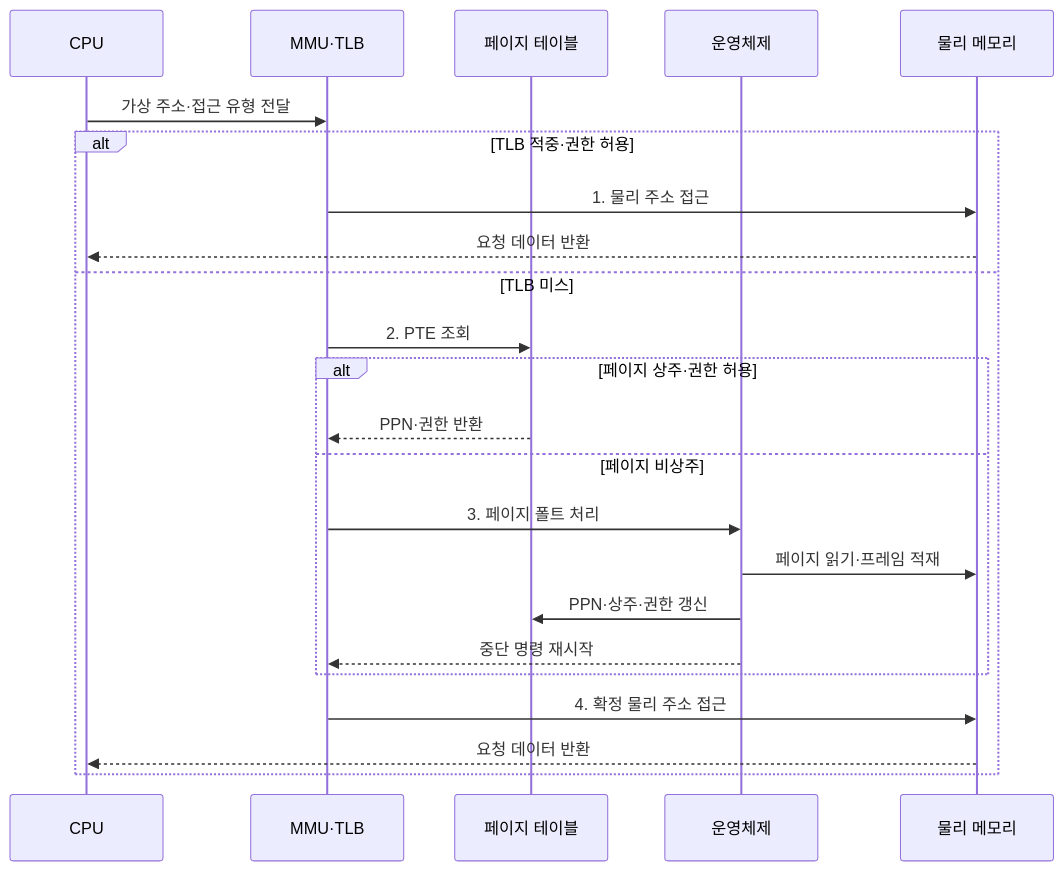
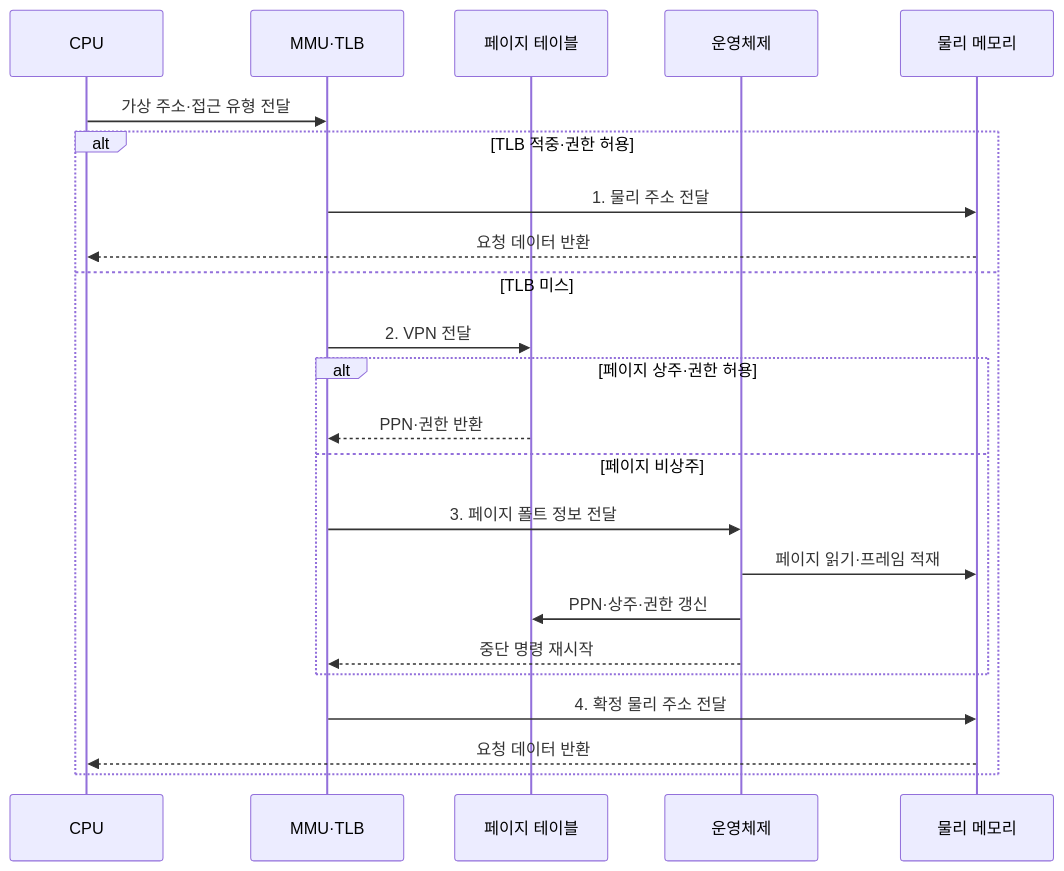
Before and after one commit to agnusdei1207/knowledge-base: the second of 2 diagrams in src/content/docs/notes/02-hardware/017_virtual_memory_paging_segmentation.md, drawn with Mermaid. The commit also changed other lines of this file and 20 other files, not shown here.

````diff
--- a/src/content/docs/notes/02-hardware/017_virtual_memory_paging_segmentation.md
+++ b/src/content/docs/notes/02-hardware/017_virtual_memory_paging_segmentation.md
@@ -92,25 +91,25 @@
 ```mermaid
 sequenceDiagram
     participant C as CPU
     participant M as MMU·TLB
     participant P as 페이지 테이블
     participant O as 운영체제
     participant R as 물리 메모리
     C->>M: 가상 주소·접근 유형 전달
     alt TLB 적중·권한 허용
-        M->>R: 1. 물리 주소 접근
+        M->>R: 1. 물리 주소 전달
         R-->>C: 요청 데이터 반환
     else TLB 미스
-        M->>P: 2. PTE 조회
+        M->>P: 2. VPN 전달
         alt 페이지 상주·권한 허용
             P-->>M: PPN·권한 반환
         else 페이지 비상주
-            M->>O: 3. 페이지 폴트 처리
+            M->>O: 3. 페이지 폴트 정보 전달
             O->>R: 페이지 읽기·프레임 적재
             O->>P: PPN·상주·권한 갱신
             O-->>M: 중단 명령 재시작
         end
-        M->>R: 4. 확정 물리 주소 접근
+        M->>R: 4. 확정 물리 주소 전달
         R-->>C: 요청 데이터 반환
     end
 ```
````
